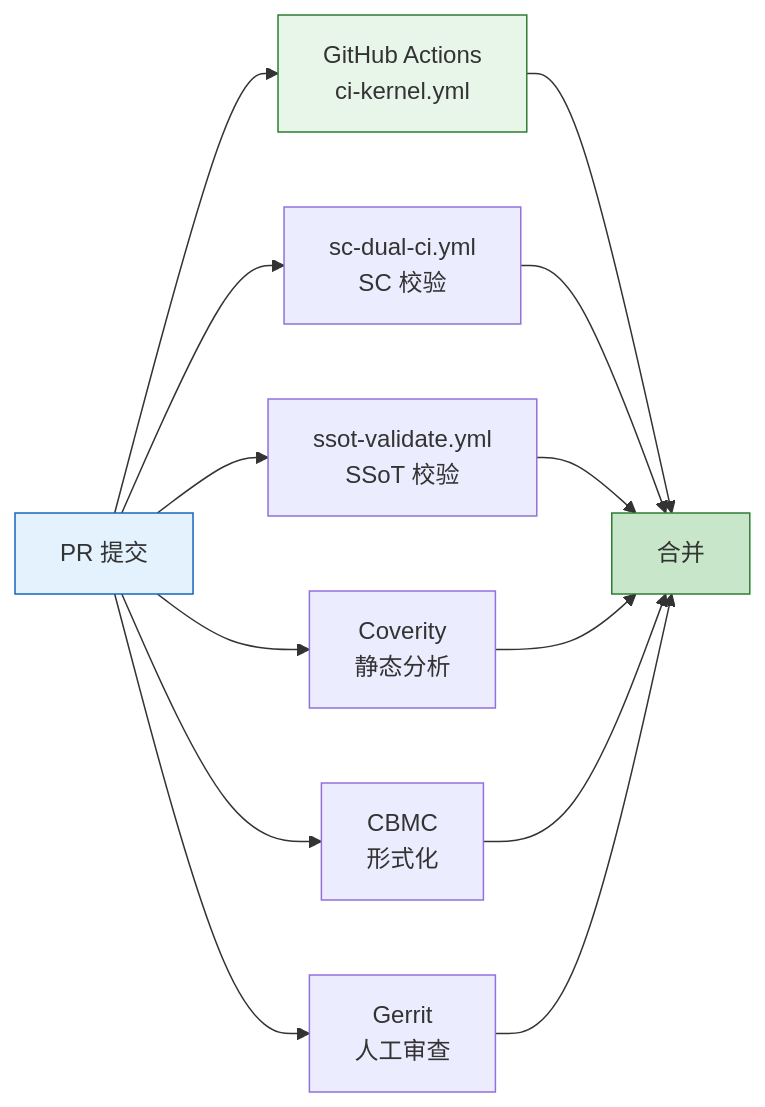
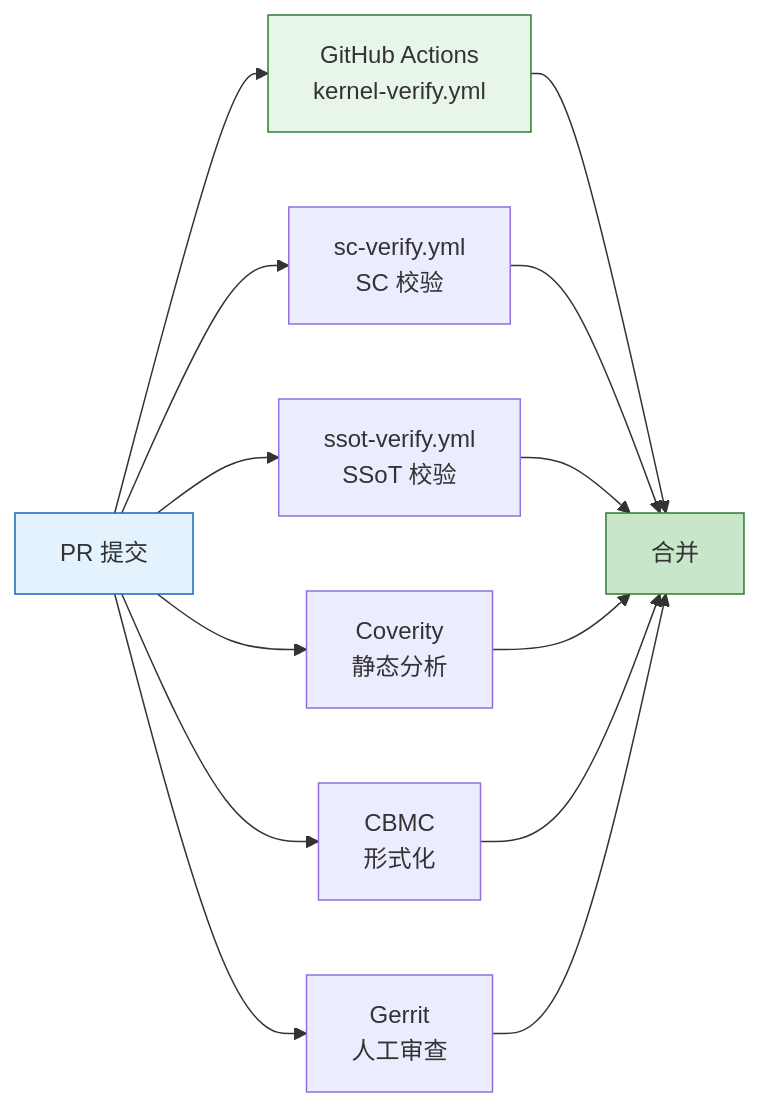
One commit to openairymax/docs-linux changed the second of 2 diagrams in 120-development-process/04-code-review.md. Above: the diagram before and after it, drawn with Mermaid. The commit also changed other lines of this file and 31 other files, not shown here.

````diff
--- a/120-development-process/04-code-review.md
+++ b/120-development-process/04-code-review.md
@@ -333,28 +333,28 @@
 ```mermaid
 flowchart LR
     A[PR 提交]
-    B[GitHub Actions<br/>ci-kernel.yml]
-    C[sc-dual-ci.yml<br/>SC 校验]
-    D[ssot-validate.yml<br/>SSoT 校验]
+    B[GitHub Actions<br/>kernel-verify.yml]
+    C[sc-verify.yml<br/>SC 校验]
+    D[ssot-verify.yml<br/>SSoT 校验]
     E[Coverity<br/>静态分析]
     F[CBMC<br/>形式化]
     G[Gerrit<br/>人工审查]
     H[合并]
 
     A --> B
     A --> C
     A --> D
     A --> E
     A --> F
     A --> G
     B --> H
     C --> H
     D --> H
     E --> H
     F --> H
     G --> H
 
     style A fill:#e3f2fd,stroke:#1565c0
     style B fill:#e8f5e9,stroke:#2e7d32
     style H fill:#c8e6c9,stroke:#2e7d32
 ```
````
